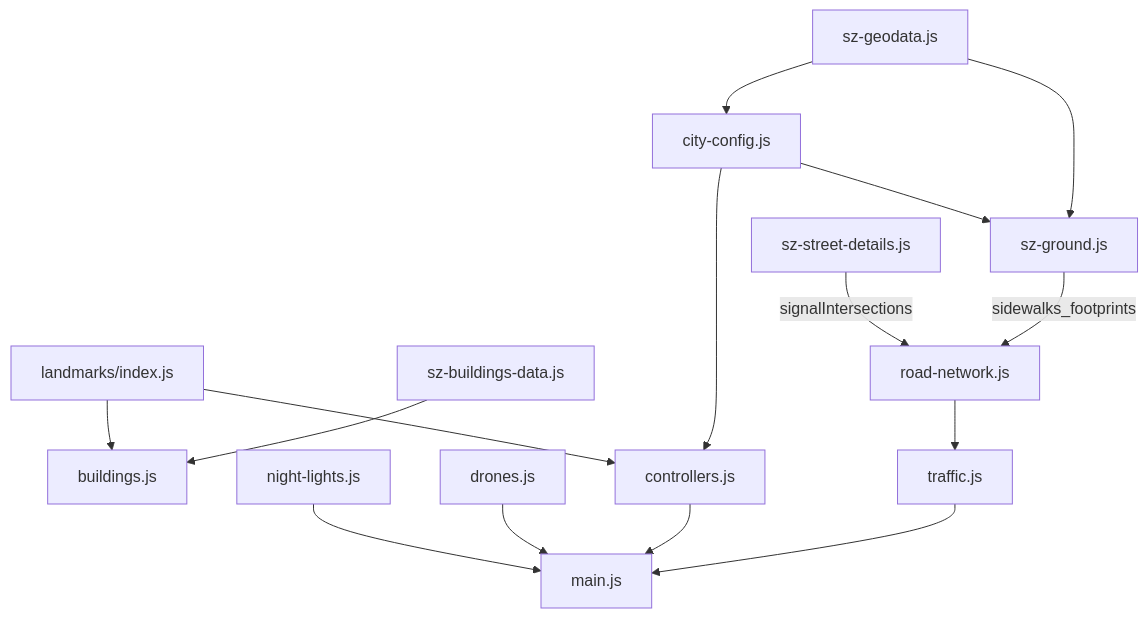
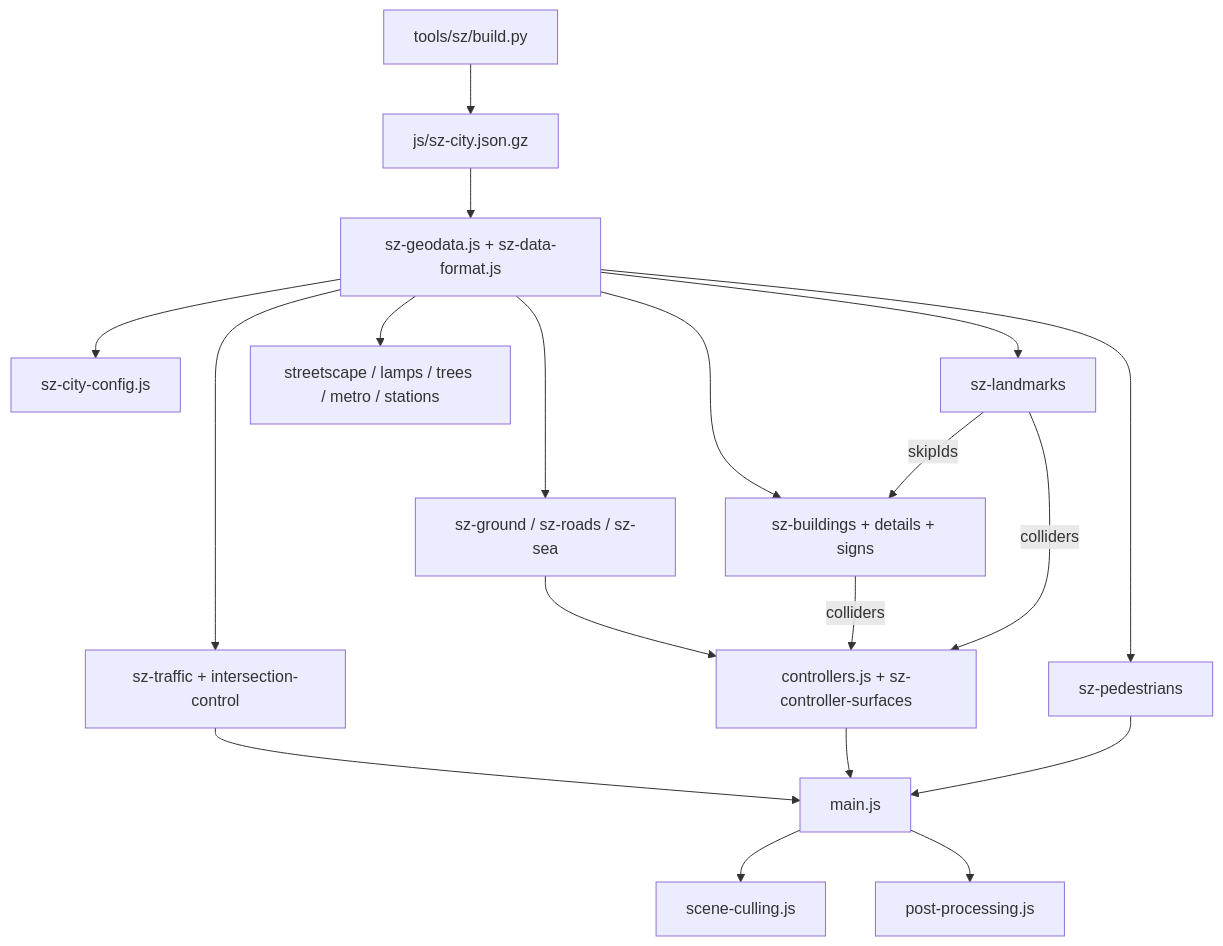
Before and after one commit to skyh24/slop-shenzhen: the diagram in docs/01-ARCHITECTURE.md, drawn with Mermaid. The commit also changed other lines of this file and 25 other files, not shown here.

````diff
--- a/docs/01-ARCHITECTURE.md
+++ b/docs/01-ARCHITECTURE.md
@@ -61,17 +54,21 @@
 ```mermaid
 flowchart TD
-  geo[sz-geodata.js] --> cfg[city-config.js]
-  geo --> ground[sz-ground.js]
-  bdata[sz-buildings-data.js] --> bld[buildings.js]
-  cfg --> ground
-  ground -->|sidewalks_footprints| roads[road-network.js]
-  details[sz-street-details.js] -->|signalIntersections| roads
-  roads --> traffic[traffic.js]
-  cfg --> ctrl[controllers.js]
-  lm[landmarks/index.js] --> bld
-  lm --> ctrl
+  build[tools/sz/build.py] --> pack[js/sz-city.json.gz]
+  pack --> geo[sz-geodata.js + sz-data-format.js]
+  geo --> cfg[sz-city-config.js]
+  geo --> ground[sz-ground / sz-roads / sz-sea]
+  geo --> bld[sz-buildings + details + signs]
+  geo --> lm[sz-landmarks]
+  lm -->|skipIds| bld
+  geo --> street[streetscape / lamps / trees / metro / stations]
+  geo --> traffic[sz-traffic + intersection-control]
+  geo --> peds[sz-pedestrians]
+  ground --> ctrl[controllers.js + sz-controller-surfaces]
+  bld -->|colliders| ctrl
+  lm -->|colliders| ctrl
   traffic --> main[main.js]
   ctrl --> main
-  drones[drones.js] --> main
-  lights[night-lights.js] --> main
+  peds --> main
+  main --> cull[scene-culling.js]
+  main --> post[post-processing.js]
 ```
````
